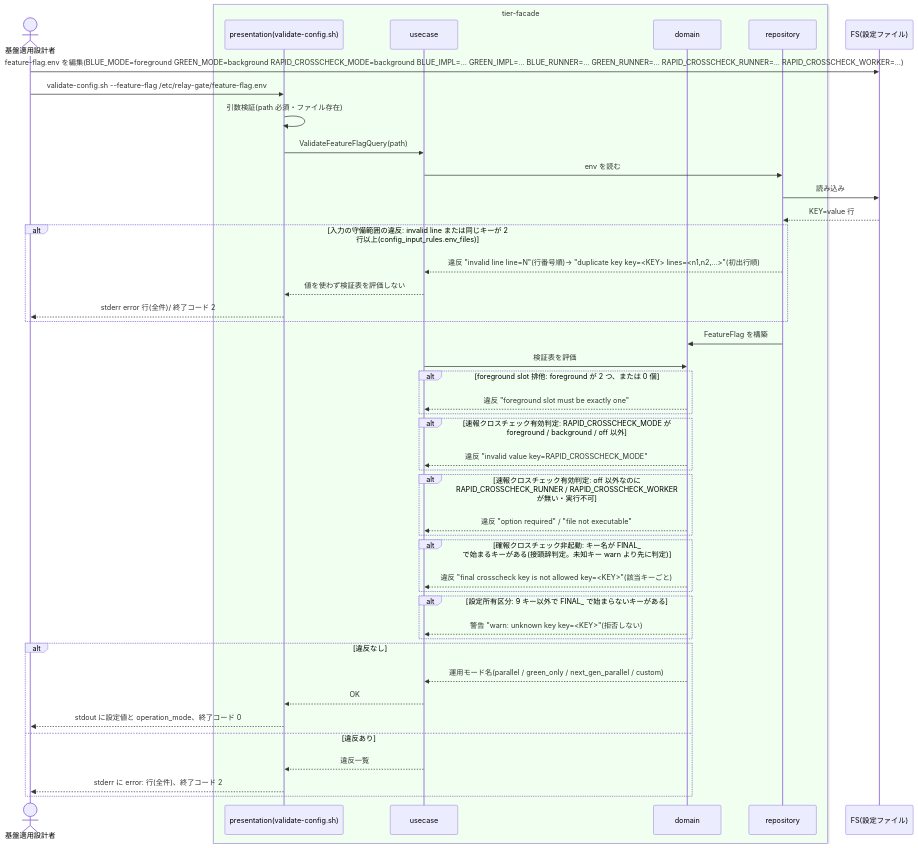
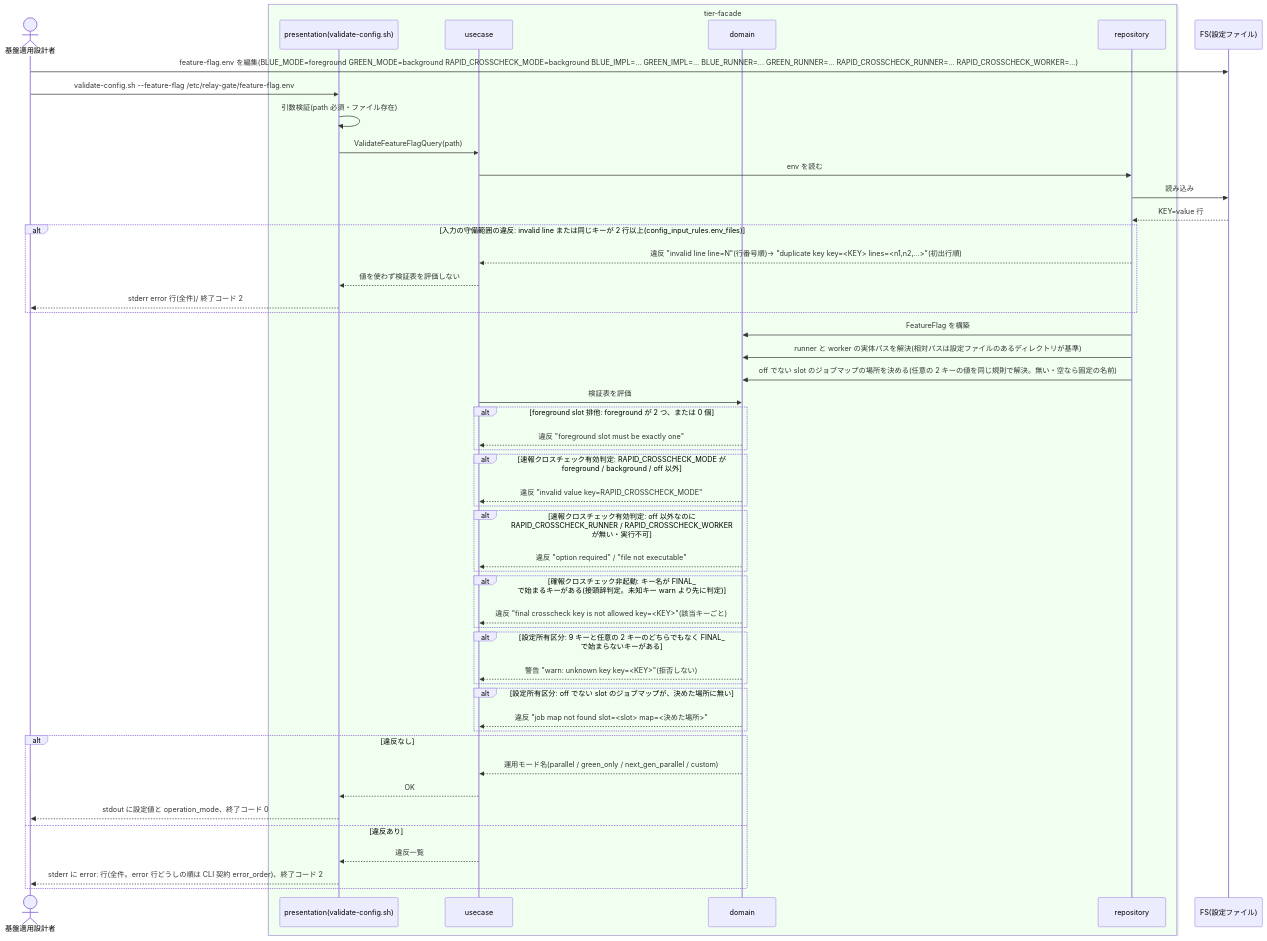
One commit to suwa-sh/relay-gate changed the second of 2 diagrams in docs/specs/latest/適用構成業務/適用構成定義フロー/feature flag を設定する/spec.md. Above: the diagram before and after it, drawn with Mermaid. The commit also changed other lines of this file and 1190 other files, not shown here.

````diff
--- a/docs/specs/latest/適用構成業務/適用構成定義フロー/feature flag を設定する/spec.md
+++ b/docs/specs/latest/適用構成業務/適用構成定義フロー/feature flag を設定する/spec.md
@@ -39,49 +41,54 @@
 ```mermaid
 sequenceDiagram
   actor Designer as 基盤適用設計者
   box rgb(240,255,240) tier-facade
     participant Pres as presentation(validate-config.sh)
     participant UC as usecase
     participant Dom as domain
     participant Repo as repository
   end
   participant FS as FS(設定ファイル)
 
   Designer->>FS: feature-flag.env を編集(BLUE_MODE=foreground GREEN_MODE=background RAPID_CROSSCHECK_MODE=background BLUE_IMPL=... GREEN_IMPL=... BLUE_RUNNER=... GREEN_RUNNER=... RAPID_CROSSCHECK_RUNNER=... RAPID_CROSSCHECK_WORKER=...)
   Designer->>Pres: validate-config.sh --feature-flag /etc/relay-gate/feature-flag.env
   Pres->>Pres: 引数検証(path 必須・ファイル存在)
   Pres->>UC: ValidateFeatureFlagQuery(path)
   UC->>Repo: env を読む
   Repo->>FS: 読み込み
   FS-->>Repo: KEY=value 行
   alt 入力の守備範囲の違反: invalid line または同じキーが 2 行以上(config_input_rules.env_files)
     Repo-->>UC: 違反 "invalid line line=N"(行番号順)→ "duplicate key key=<KEY> lines=<n1,n2,...>"(初出行順)
     UC-->>Pres: 値を使わず検証表を評価しない
     Pres-->>Designer: stderr error 行(全件)/ 終了コード 2
   end
   Repo->>Dom: FeatureFlag を構築
+  Repo->>Dom: runner と worker の実体パスを解決(相対パスは設定ファイルのあるディレクトリが基準)
+  Repo->>Dom: off でない slot のジョブマップの場所を決める(任意の 2 キーの値を同じ規則で解決。無い・空なら固定の名前)
   UC->>Dom: 検証表を評価
   alt foreground slot 排他: foreground が 2 つ、または 0 個
     Dom-->>UC: 違反 "foreground slot must be exactly one"
   end
   alt 速報クロスチェック有効判定: RAPID_CROSSCHECK_MODE が foreground / background / off 以外
     Dom-->>UC: 違反 "invalid value key=RAPID_CROSSCHECK_MODE"
   end
   alt 速報クロスチェック有効判定: off 以外なのに RAPID_CROSSCHECK_RUNNER / RAPID_CROSSCHECK_WORKER が無い・実行不可
     Dom-->>UC: 違反 "option required" / "file not executable"
   end
   alt 確報クロスチェック非起動: キー名が FINAL_ で始まるキーがある(接頭辞判定。未知キー warn より先に判定)
     Dom-->>UC: 違反 "final crosscheck key is not allowed key=<KEY>"(該当キーごと)
   end
-  alt 設定所有区分: 9 キー以外で FINAL_ で始まらないキーがある
+  alt 設定所有区分: 9 キーと任意の 2 キーのどちらでもなく FINAL_ で始まらないキーがある
     Dom-->>UC: 警告 "warn: unknown key key=<KEY>"(拒否しない)
+  end
+  alt 設定所有区分: off でない slot のジョブマップが、決めた場所に無い
+    Dom-->>UC: 違反 "job map not found slot=<slot> map=<決めた場所>"
   end
   alt 違反なし
     Dom-->>UC: 運用モード名(parallel / green_only / next_gen_parallel / custom)
     UC-->>Pres: OK
     Pres-->>Designer: stdout に設定値と operation_mode、終了コード 0
   else 違反あり
     UC-->>Pres: 違反一覧
-    Pres-->>Designer: stderr に error: 行(全件)、終了コード 2
+    Pres-->>Designer: stderr に error: 行(全件。error 行どうしの順は CLI 契約 error_order)、終了コード 2
   end
 ```
````
